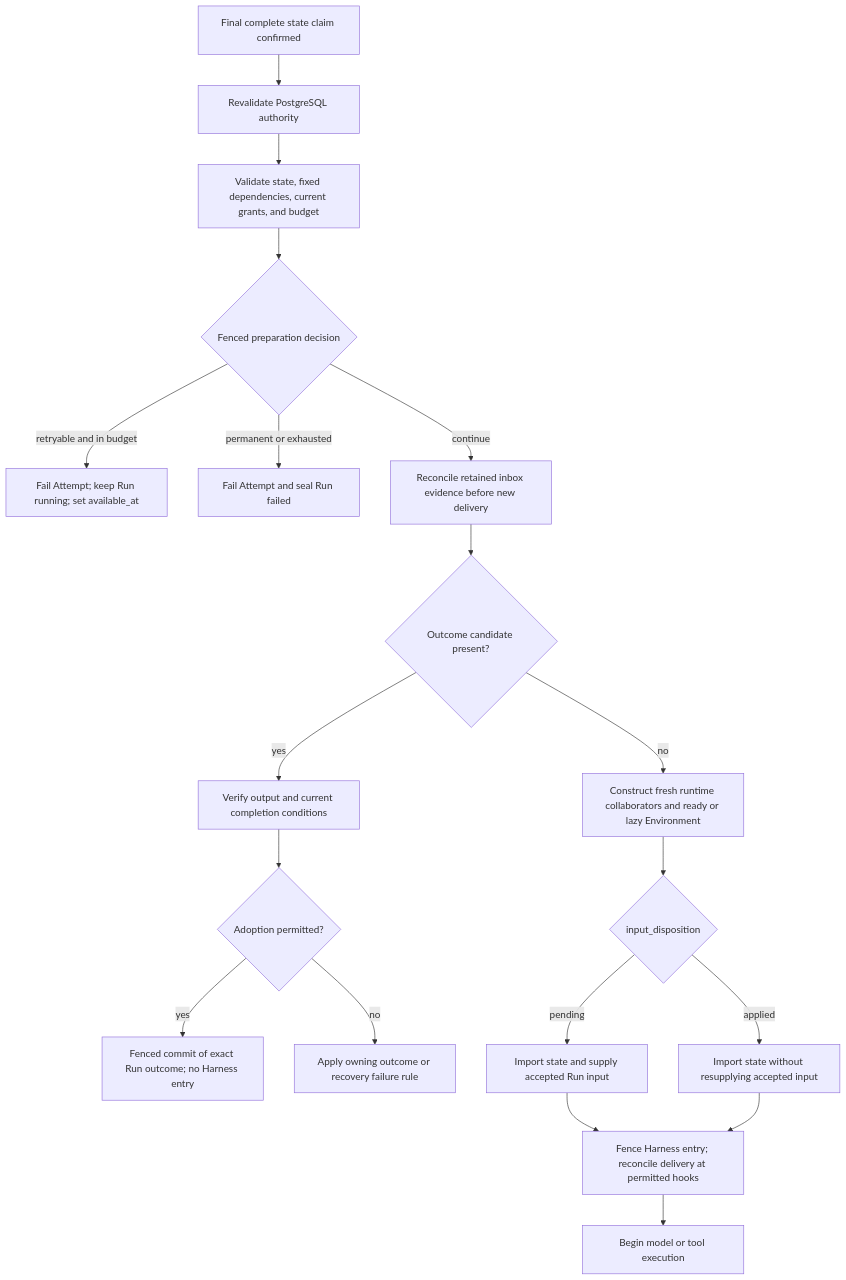
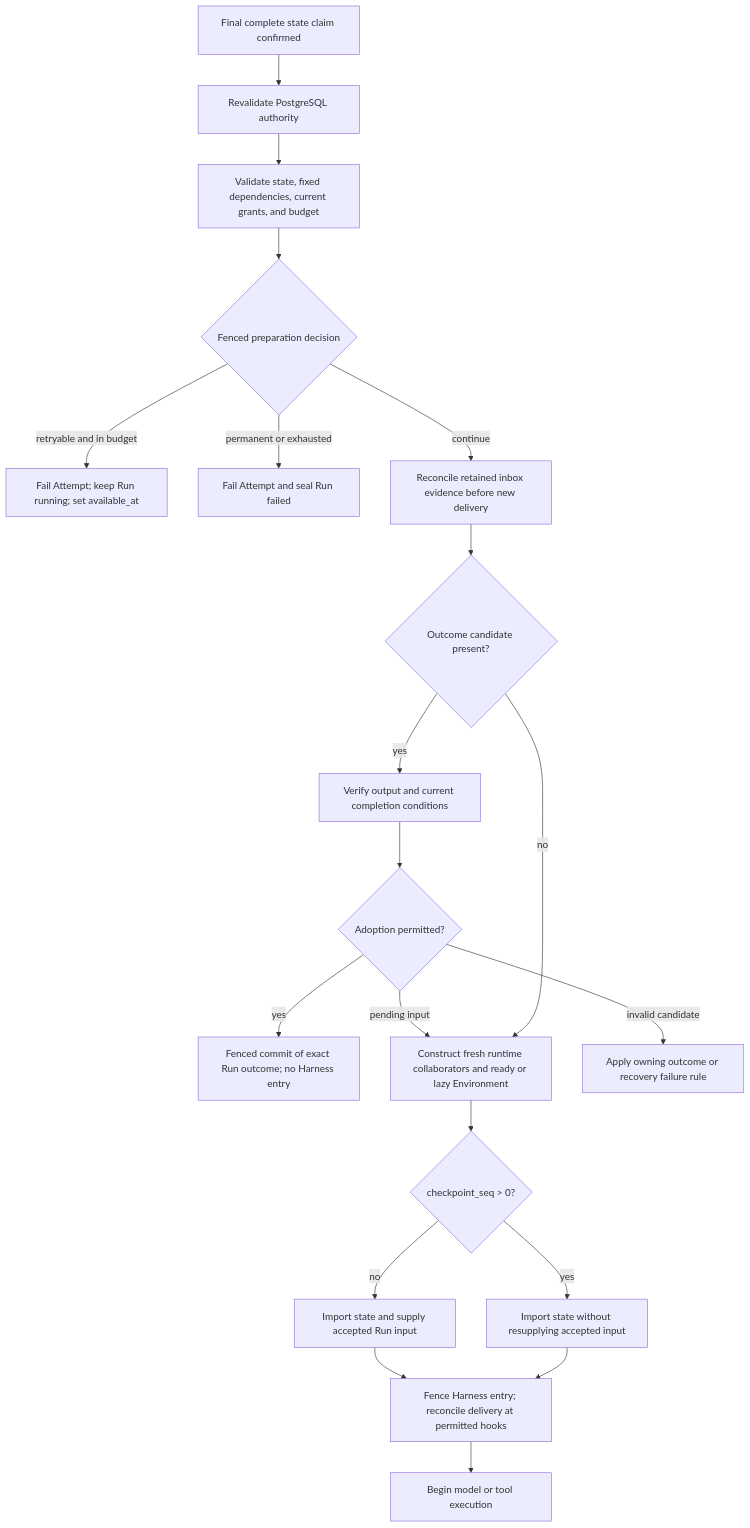
Before and after one commit to converge-ai-labs/agent-foundation: the fourth of 4 diagrams in spec/a13n-service/13-run-attempt-scheduling-and-recovery.md, drawn with Mermaid. The commit also changed other lines of this file and 80 other files, not shown here.

Commit message:
fix(service)!: simplify Run authority and preserve late input

````diff
--- a/spec/a13n-service/13-run-attempt-scheduling-and-recovery.md
+++ b/spec/a13n-service/13-run-attempt-scheduling-and-recovery.md
@@ -420,21 +419,22 @@
 ```mermaid
 flowchart TD
     Claimed["Final complete state claim confirmed"] --> Authority["Revalidate PostgreSQL authority"]
     Authority --> Validate["Validate state, fixed dependencies, current grants, and budget"]
     Validate --> Decision{"Fenced preparation decision"}
     Decision -->|retryable and in budget| Retry["Fail Attempt; keep Run running; set available_at"]
     Decision -->|permanent or exhausted| Fail["Fail Attempt and seal Run failed"]
     Decision -->|continue| Receipts["Reconcile retained inbox evidence before new delivery"]
     Receipts --> Outcome{"Outcome candidate present?"}
     Outcome -->|yes| Verify["Verify output and current completion conditions"]
     Verify --> Eligible{"Adoption permitted?"}
     Eligible -->|yes| Seal["Fenced commit of exact Run outcome; no Harness entry"]
-    Eligible -->|no| Classify["Apply owning outcome or recovery failure rule"]
+    Eligible -->|pending input| Rebuild
+    Eligible -->|invalid candidate| Classify["Apply owning outcome or recovery failure rule"]
     Outcome -->|no| Rebuild["Construct fresh runtime collaborators and ready or lazy Environment"]
-    Rebuild --> Input{"input_disposition"}
-    Input -->|pending| Apply["Import state and supply accepted Run input"]
-    Input -->|applied| Resume["Import state without resupplying accepted input"]
+    Rebuild --> Input{"checkpoint_seq > 0?"}
+    Input -->|no| Apply["Import state and supply accepted Run input"]
+    Input -->|yes| Resume["Import state without resupplying accepted input"]
     Apply --> Enter["Fence Harness entry; reconcile delivery at permitted hooks"]
     Resume --> Enter
     Enter --> Execute["Begin model or tool execution"]
 ```
````
